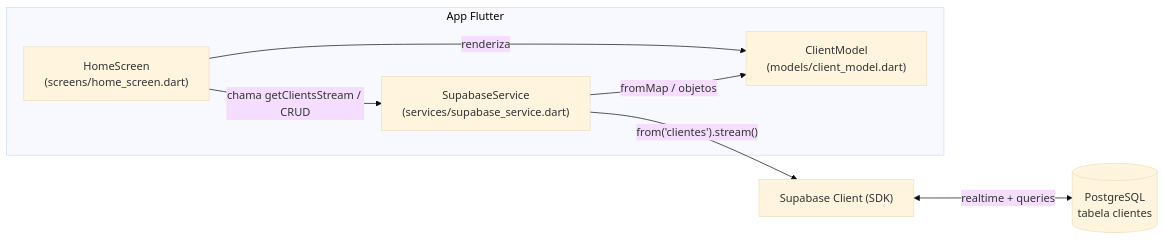
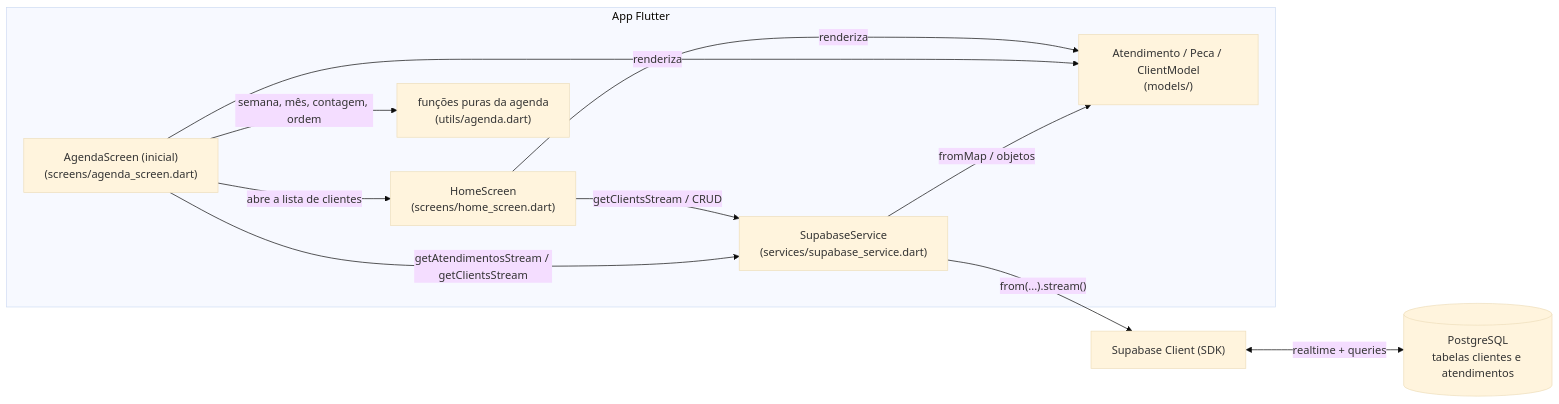
One commit to WilsonGorosthides/sgc_msclean changed the diagram in docs/arquitetura.md. Above: the diagram before and after it, drawn with Mermaid (base theme). The commit also changed other lines of this file and 1 other file, not shown here.

First line of the commit message:
docs(arquitetura): tabela atendimentos, arvore, diagrama e decisoes da agenda (RF-010)

````diff
--- a/docs/arquitetura.md
+++ b/docs/arquitetura.md
@@ -70,16 +114,22 @@
 ```mermaid
 flowchart LR
     subgraph App["App Flutter"]
-        Screen["HomeScreen<br/>(screens/home_screen.dart)"]
+        Agenda["AgendaScreen (inicial)<br/>(screens/agenda_screen.dart)"]
+        Home["HomeScreen<br/>(screens/home_screen.dart)"]
+        Utils["funções puras da agenda<br/>(utils/agenda.dart)"]
         Service["SupabaseService<br/>(services/supabase_service.dart)"]
-        Model["ClientModel<br/>(models/client_model.dart)"]
+        Model["Atendimento / Peca / ClientModel<br/>(models/)"]
     end
     Client["Supabase Client (SDK)"]
-    DB[("PostgreSQL<br/>tabela clientes")]
+    DB[("PostgreSQL<br/>tabelas clientes e atendimentos")]
 
-    Screen -->|"chama getClientsStream / CRUD"| Service
+    Agenda -->|"abre a lista de clientes"| Home
+    Agenda -->|"getAtendimentosStream / getClientsStream"| Service
+    Agenda -->|"semana, mês, contagem, ordem"| Utils
+    Home -->|"getClientsStream / CRUD"| Service
     Service -->|"fromMap / objetos"| Model
-    Screen -->|"renderiza"| Model
-    Service -->|"from('clientes').stream()"| Client
+    Agenda -->|"renderiza"| Model
+    Home -->|"renderiza"| Model
+    Service -->|"from(...).stream()"| Client
     Client <-->|"realtime + queries"| DB
 ```
````
